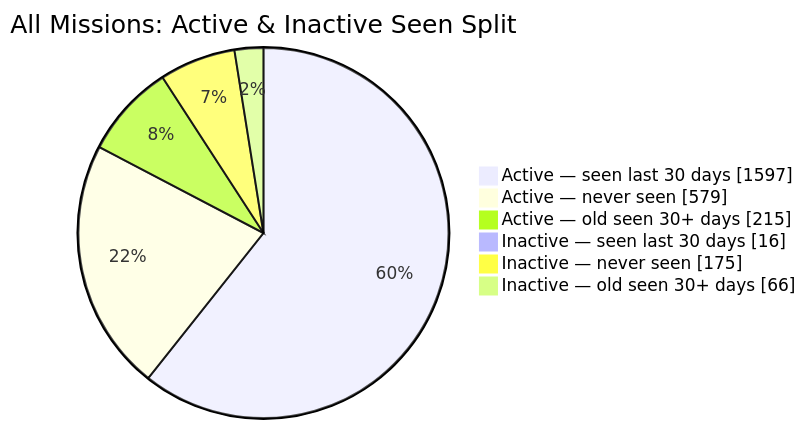
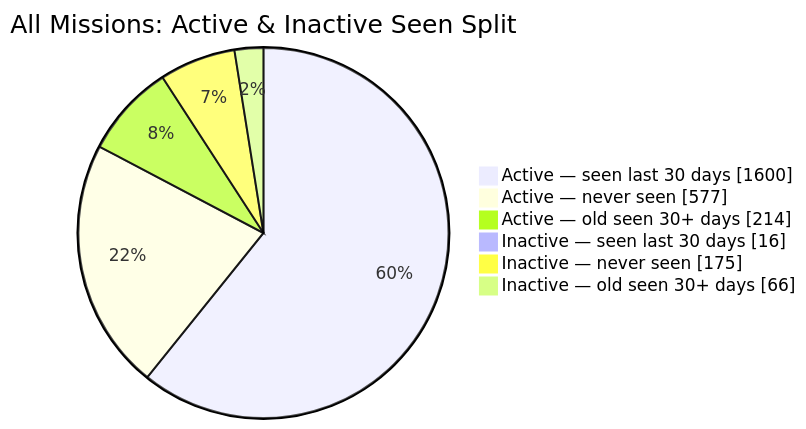
Before and after one commit to MeldkamerspelGameTeam/active-missions: the second of 2 diagrams in README.md, drawn with Mermaid. The commit also changed other lines of this file and 3 other files, not shown here.

````diff
--- a/README.md
+++ b/README.md
@@ -44,10 +44,10 @@
 ```mermaid
 pie showData
     title All Missions: Active & Inactive Seen Split
-    "Active — seen last 30 days" : 1597
-    "Active — never seen" : 579
-    "Active — old seen 30+ days" : 215
+    "Active — seen last 30 days" : 1600
+    "Active — never seen" : 577
+    "Active — old seen 30+ days" : 214
     "Inactive — seen last 30 days" : 16
     "Inactive — never seen" : 175
     "Inactive — old seen 30+ days" : 66
 ```
````
